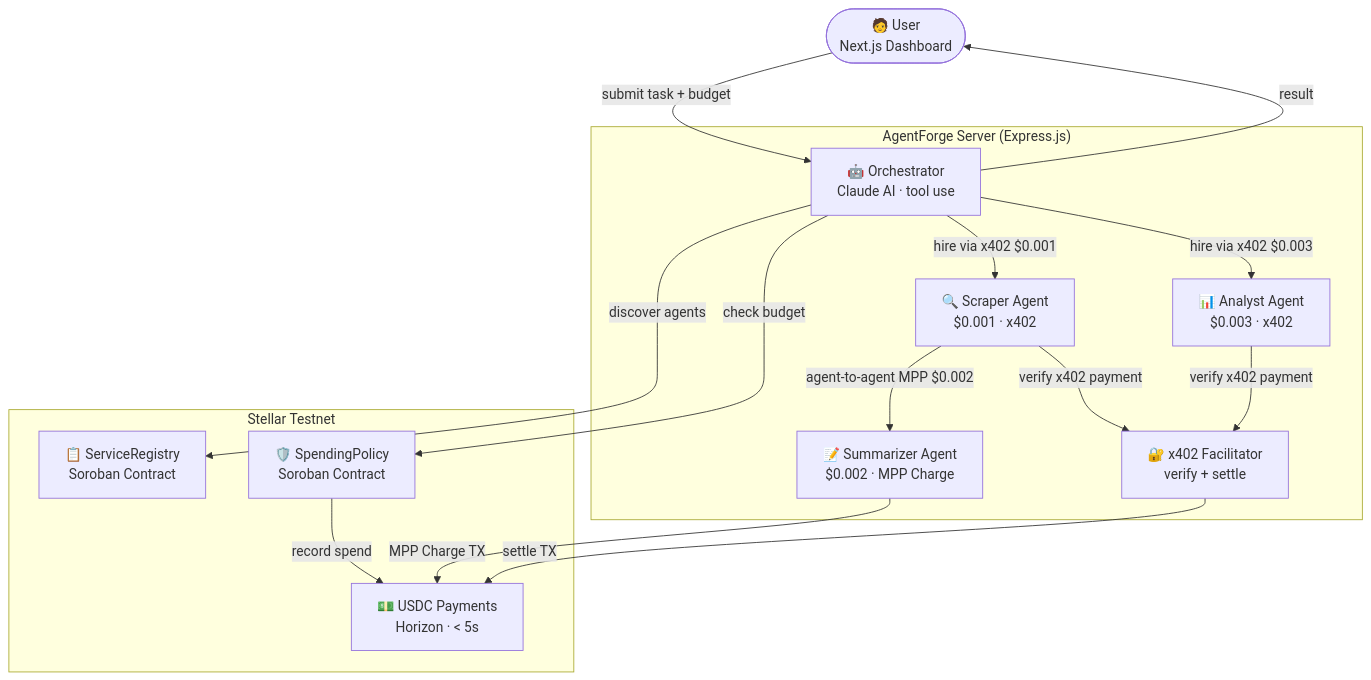
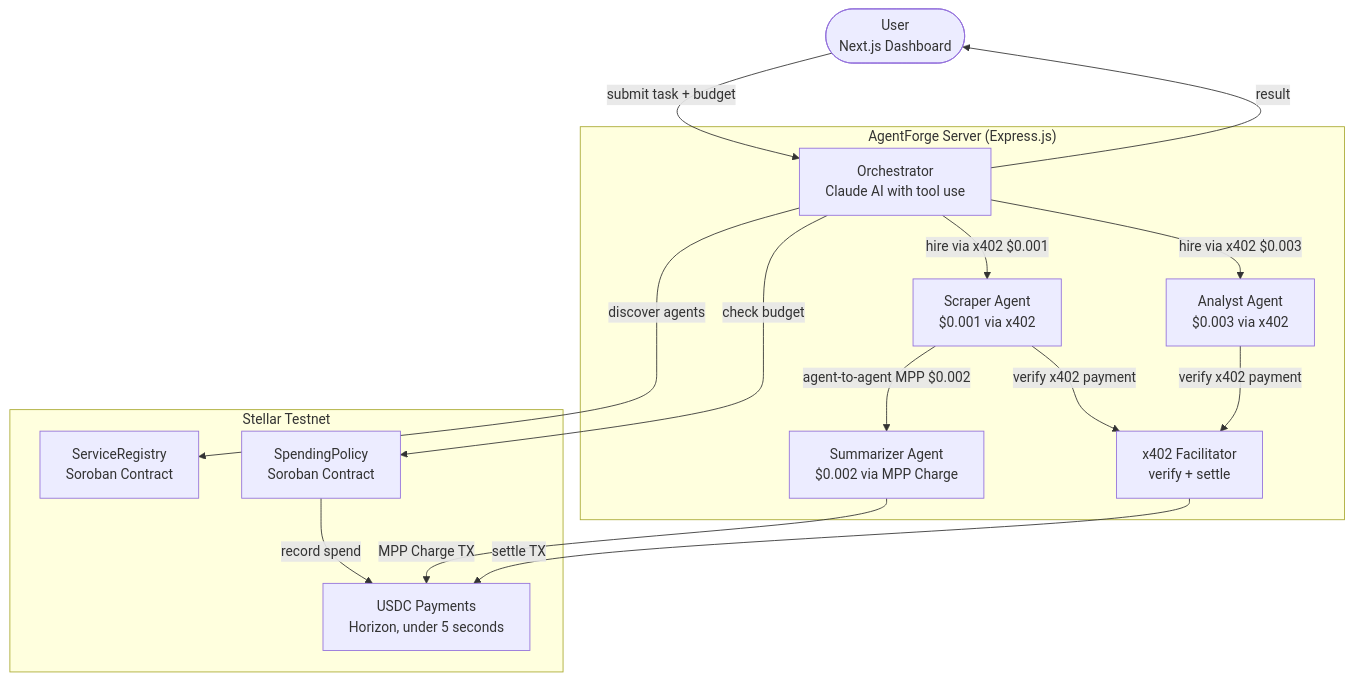
One commit to HACK3R-CRYPTO/AgentForge changed the first of 3 diagrams in README.md. Above: the diagram before and after it, drawn with Mermaid. The commit also changed other lines of this file, not shown here.

````diff
--- a/README.md
+++ b/README.md
@@ -95,31 +62,31 @@
 ```mermaid
 flowchart TD
-    User(["🧑 User\nNext.js Dashboard"])
+    User(["User\nNext.js Dashboard"])
 
     subgraph Server["AgentForge Server (Express.js)"]
-        Orch["🤖 Orchestrator\nClaude AI · tool use"]
-        Scraper["🔍 Scraper Agent\n$0.001 · x402"]
-        Summarizer["📝 Summarizer Agent\n$0.002 · MPP Charge"]
-        Analyst["📊 Analyst Agent\n$0.003 · x402"]
-        Facilitator["🔐 x402 Facilitator\nverify + settle"]
+        Orch["Orchestrator\nClaude AI with tool use"]
+        Scraper["Scraper Agent\n$0.001 via x402"]
+        Summarizer["Summarizer Agent\n$0.002 via MPP Charge"]
+        Analyst["Analyst Agent\n$0.003 via x402"]
+        Facilitator["x402 Facilitator\nverify + settle"]
     end
 
     subgraph Stellar["Stellar Testnet"]
-        Registry["📋 ServiceRegistry\nSoroban Contract"]
-        Policy["🛡️ SpendingPolicy\nSoroban Contract"]
-        USDC["💵 USDC Payments\nHorizon · < 5s"]
+        Registry["ServiceRegistry\nSoroban Contract"]
+        Policy["SpendingPolicy\nSoroban Contract"]
+        USDC["USDC Payments\nHorizon, under 5 seconds"]
     end
 
     User -->|"submit task + budget"| Orch
     Orch -->|"discover agents"| Registry
     Orch -->|"check budget"| Policy
     Orch -->|"hire via x402 $0.001"| Scraper
     Scraper -->|"agent-to-agent MPP $0.002"| Summarizer
     Orch -->|"hire via x402 $0.003"| Analyst
     Scraper -->|"verify x402 payment"| Facilitator
     Analyst -->|"verify x402 payment"| Facilitator
     Facilitator -->|"settle TX"| USDC
     Summarizer -->|"MPP Charge TX"| USDC
     Policy -->|"record spend"| USDC
     Orch -->|"result"| User
 ```
````
